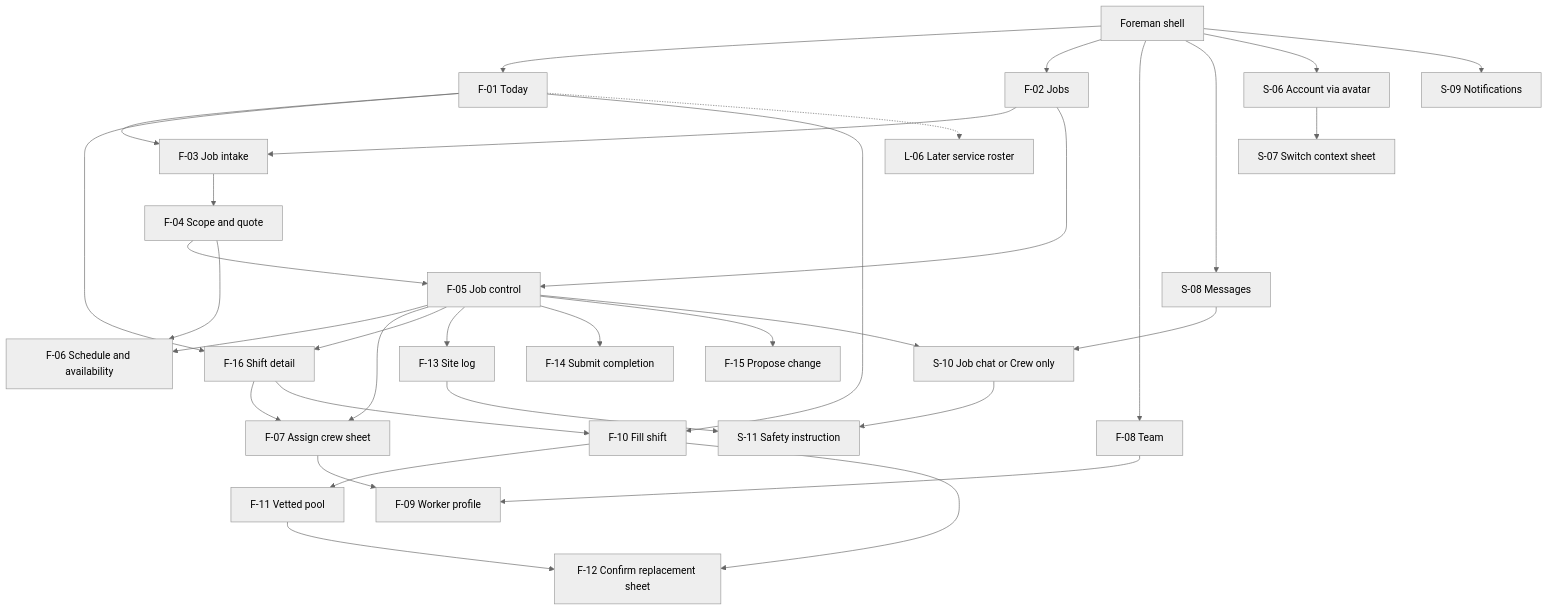
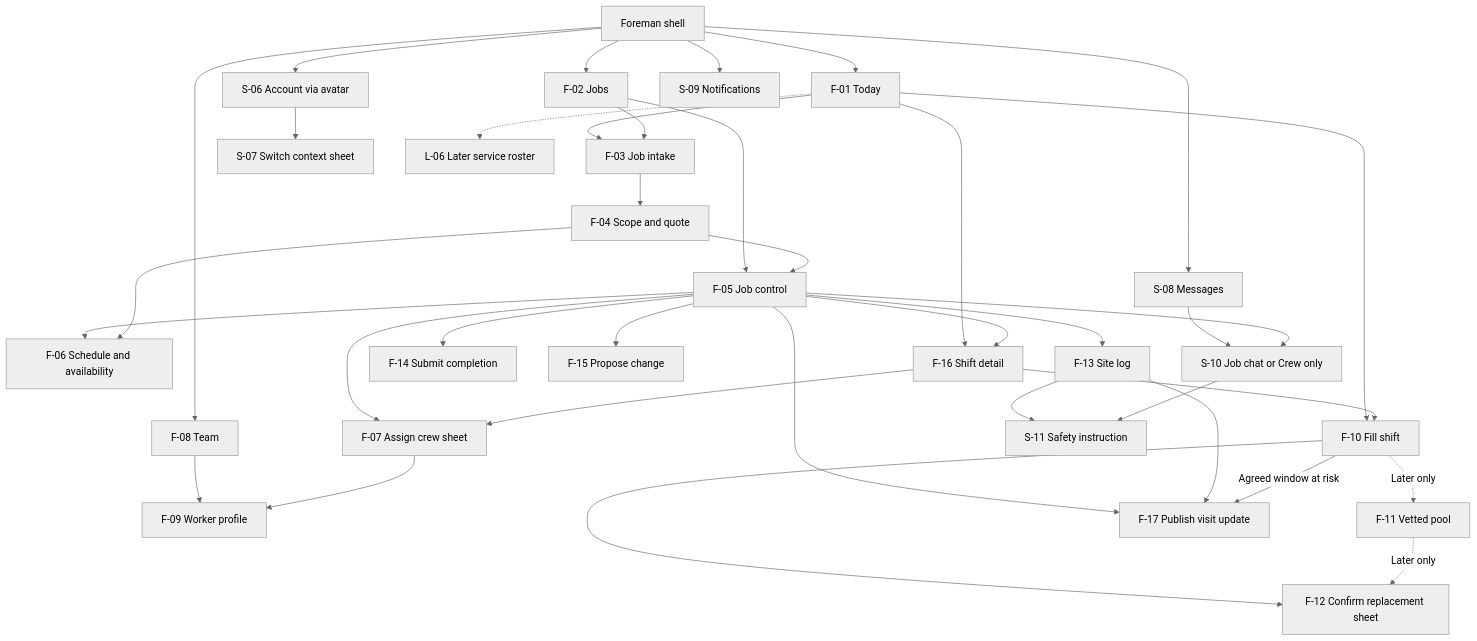
The second of 4 diagrams in design-astra/foundation/information-architecture.md (Artimunor/bookbuddy), drawn with Mermaid (neutral theme) before and after one commit. The commit also changed other lines of this file and 14 other files, not shown here.

````diff
--- a/design-astra/foundation/information-architecture.md
+++ b/design-astra/foundation/information-architecture.md
@@ -97,36 +104,39 @@
 ```mermaid
 flowchart TD
     Root[Foreman shell] --> Today[F-01 Today]
     Root --> Jobs[F-02 Jobs]
     Root --> Team[F-08 Team]
     Root --> Inbox[S-08 Messages]
     Root --> Account[S-06 Account via avatar]
     Root --> Bell[S-09 Notifications]
     Today --> Intake[F-03 Job intake]
     Jobs --> Intake
     Intake --> Quote[F-04 Scope and quote]
     Jobs --> Control[F-05 Job control]
     Quote --> Control
     Control --> Timing[F-06 Schedule and availability]
     Quote --> Timing
     Control --> Assign[F-07 Assign crew sheet]
     Team --> Worker[F-09 Worker profile]
     Assign --> Worker
     Today --> Shift[F-16 Shift detail]
     Control --> Shift
     Shift --> Assign
     Today --> Gap[F-10 Fill shift]
     Shift --> Gap
-    Gap --> Pool[F-11 Vetted pool]
+    Gap -.->|Later only| Pool[F-11 Vetted pool]
     Gap --> Confirm[F-12 Confirm replacement sheet]
-    Pool --> Confirm
+    Pool -.->|Later only| Confirm
     Control --> Log[F-13 Site log]
+    Control --> Publish[F-17 Publish visit update]
+    Log --> Publish
+    Gap -->|Agreed window at risk| Publish
     Log --> Safety[S-11 Safety instruction]
     Control --> Complete[F-14 Submit completion]
     Control --> Change[F-15 Propose change]
     Inbox --> Chat[S-10 Job chat or Crew only]
     Control --> Chat
     Chat --> Safety
     Account --> Switch[S-07 Switch context sheet]
     Today -.-> Roster[L-06 Later service roster]
 ```
````
